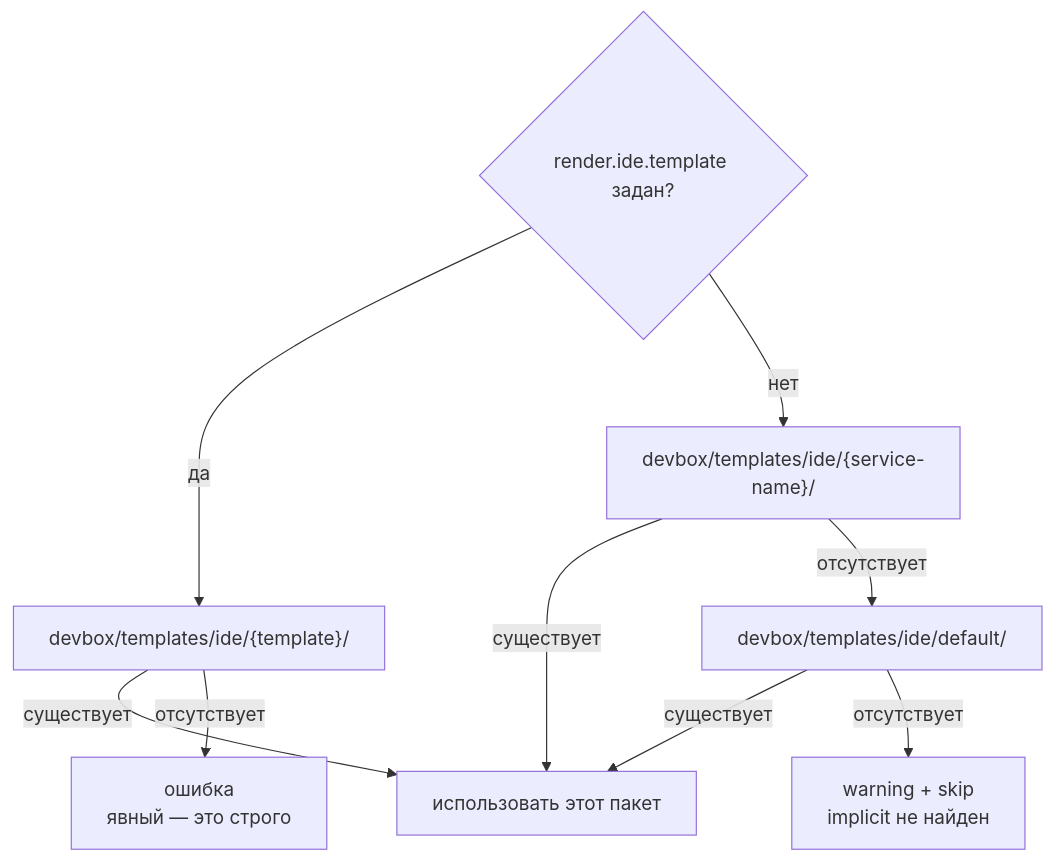
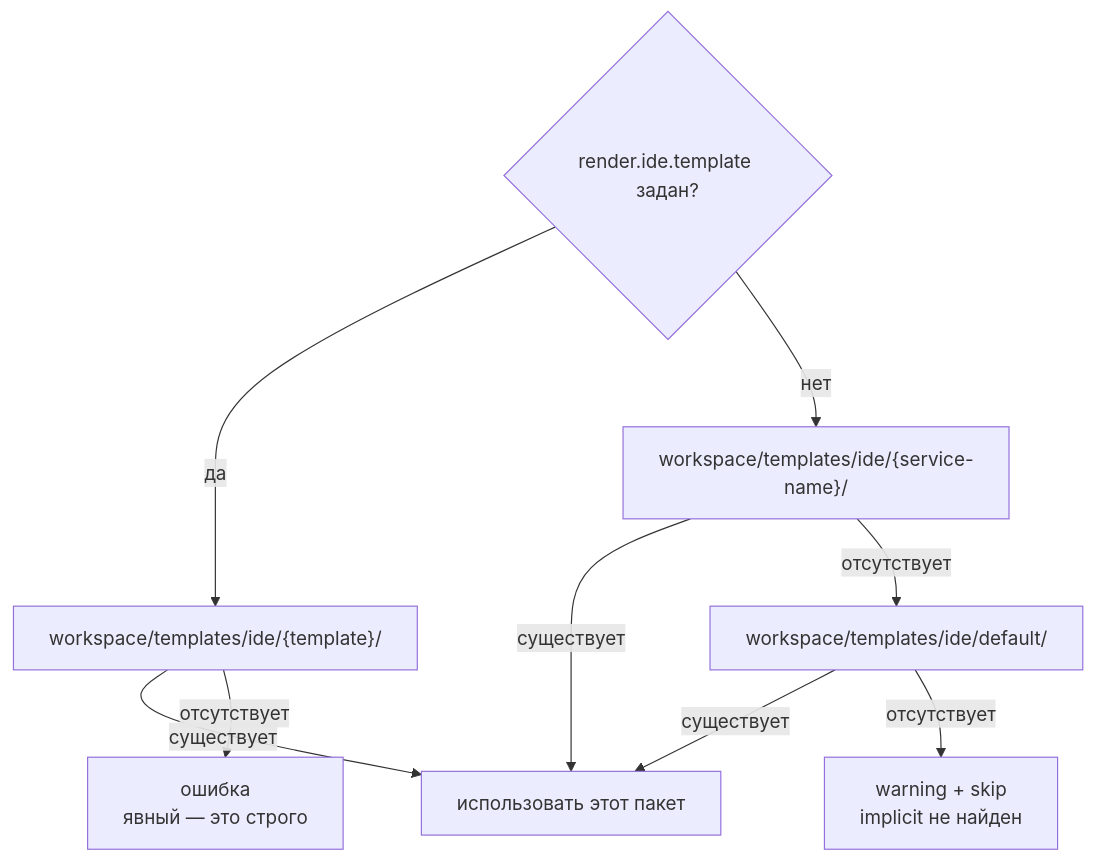
Before and after one commit to semsemyonoff/dwe: the third of 3 diagrams in docs/i18n/ru/reference/render/ide.md, drawn with Mermaid. The commit also changed other lines of this file and 113 other files, not shown here.

````diff
--- a/docs/i18n/ru/reference/render/ide.md
+++ b/docs/i18n/ru/reference/render/ide.md
@@ -108,12 +108,12 @@
 ```mermaid
 flowchart TD
   S{"render.ide.template задан?"}
-  S -- да --> EX["devbox/templates/ide/{template}/"]
+  S -- да --> EX["workspace/templates/ide/{template}/"]
   EX -- существует --> USE["использовать этот пакет"]
   EX -- отсутствует --> ERR["ошибка<br/>явный — это строго"]
-  S -- нет --> SN["devbox/templates/ide/{service-name}/"]
+  S -- нет --> SN["workspace/templates/ide/{service-name}/"]
   SN -- существует --> USE
-  SN -- отсутствует --> DEF["devbox/templates/ide/default/"]
+  SN -- отсутствует --> DEF["workspace/templates/ide/default/"]
   DEF -- существует --> USE
   DEF -- отсутствует --> WARN["warning + skip<br/>implicit не найден"]
 ```
````
